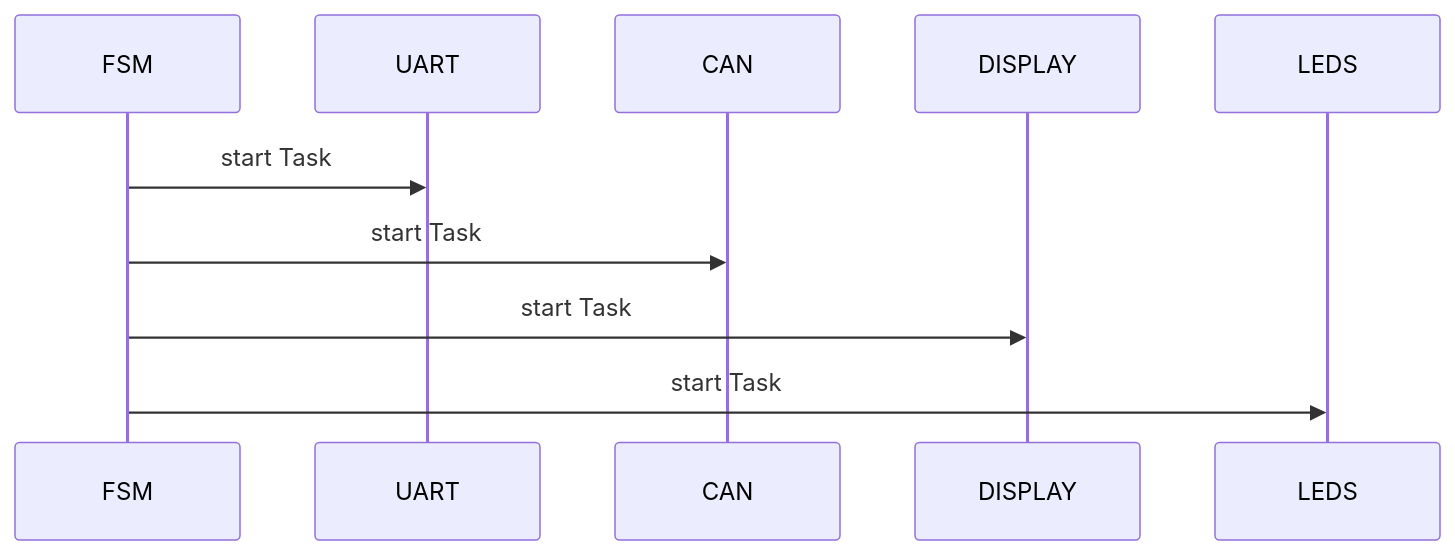
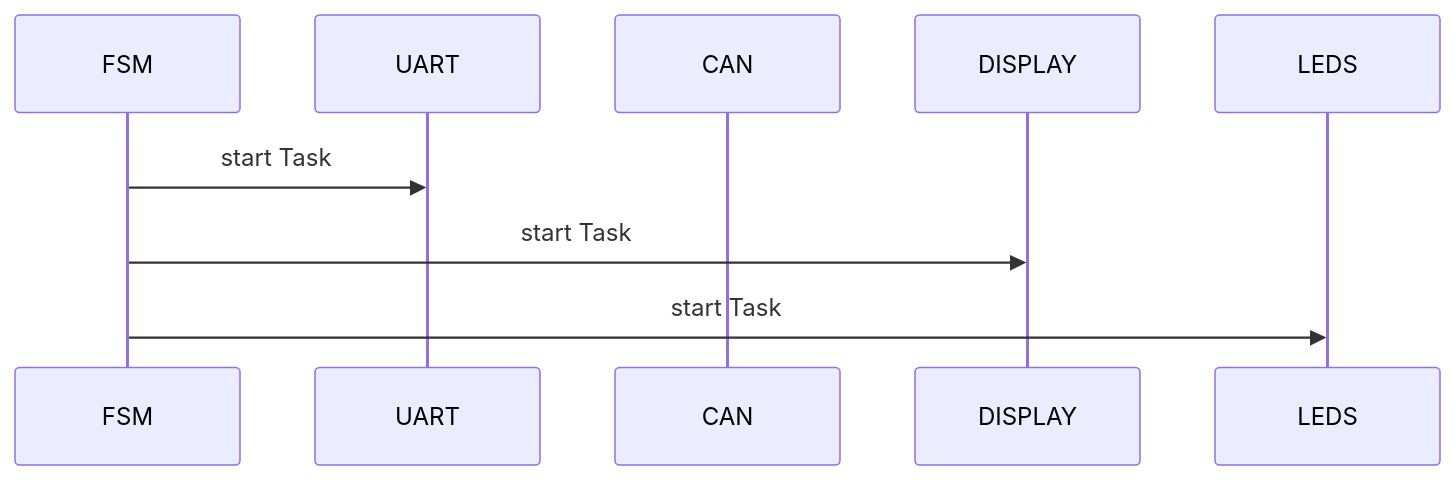
Before and after one commit to michaelgr22/can-to-go-system: the second of 5 diagrams in Software/esp32/can-to-go-system/README.md, drawn with Mermaid. The commit also changed other lines of this file, not shown here.

Commit message:
moved start of CAN task to Configuration

````diff
--- a/Software/esp32/can-to-go-system/README.md
+++ b/Software/esp32/can-to-go-system/README.md
@@ -18,13 +18,12 @@
 ```mermaid
 sequenceDiagram
     participant FSM
     participant UART
     participant CAN
     participant DISPLAY
     participant LEDS
 
     FSM->>UART: start Task
-    FSM->>CAN: start Task
     FSM->>DISPLAY: start Task
     FSM->>LEDS: start Task
 ```
````
